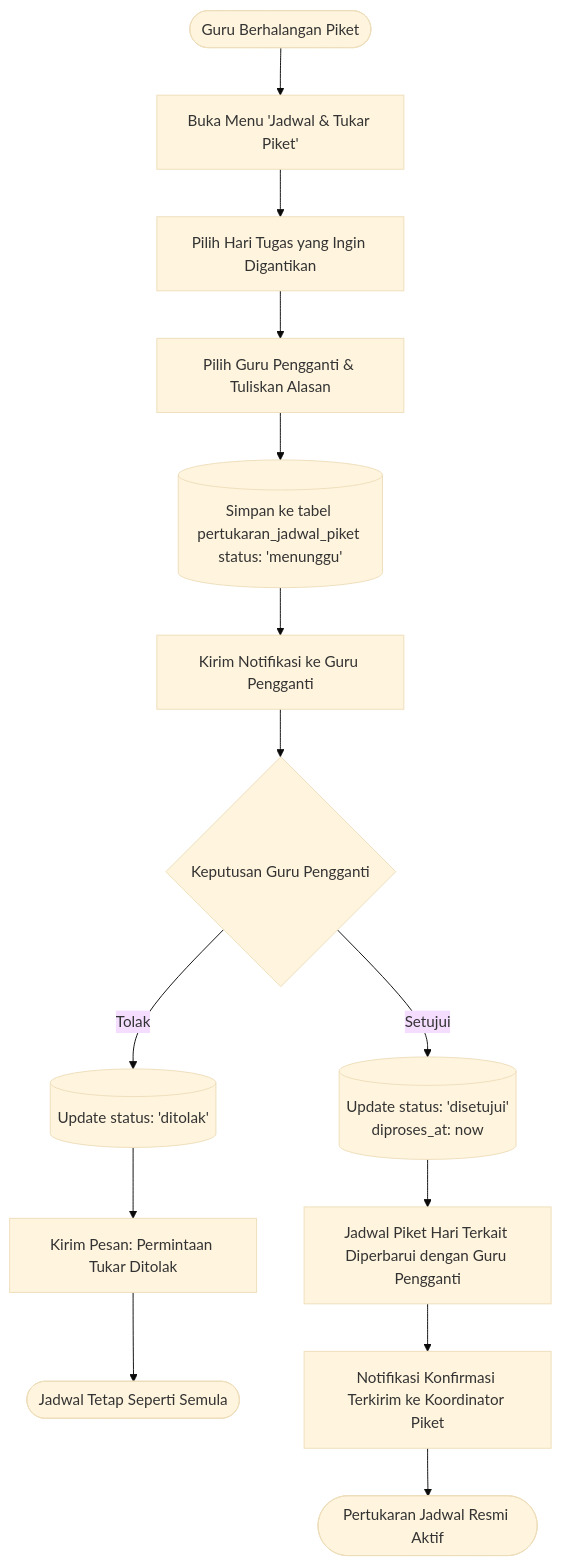
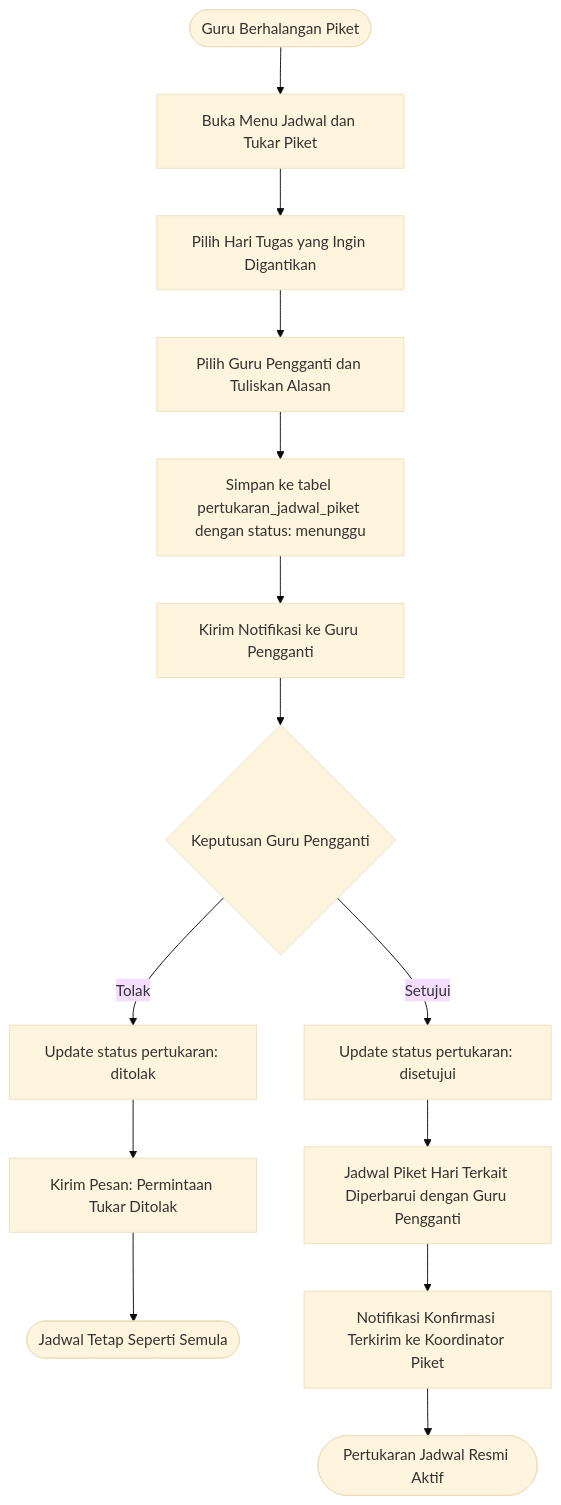
Before and after one commit to Zainal29/Didispen: the sixth of 7 diagrams in FLOWCHART.MD, drawn with Mermaid (base theme). The commit also changed other lines of this file, not shown here.

Commit message:
feat : memperbaiki FLOWCHART

````diff
--- a/FLOWCHART.MD
+++ b/FLOWCHART.MD
@@ -221,19 +221,19 @@
 ```mermaid
 flowchart TD
-    StartPiketSchedule([Guru Berhalangan Piket]) --> OpenPiketMenu[Buka Menu 'Jadwal & Tukar Piket']
-    OpenPiketMenu --> SelectDate[Pilih Hari Tugas yang Ingin Digantikan]
-    SelectDate --> PickSubstitute[Pilih Guru Pengganti & Tuliskan Alasan]
-    PickSubstitute --> SendSwapReq[(Simpan ke tabel pertukaran_jadwal_piket status: 'menunggu')]
+    StartPiketSchedule(["Guru Berhalangan Piket"]) --> OpenPiketMenu["Buka Menu Jadwal dan Tukar Piket"]
+    OpenPiketMenu --> SelectDate["Pilih Hari Tugas yang Ingin Digantikan"]
+    SelectDate --> PickSubstitute["Pilih Guru Pengganti dan Tuliskan Alasan"]
+    PickSubstitute --> SendSwapReq["Simpan ke tabel pertukaran_jadwal_piket dengan status: menunggu"]
     
-    SendSwapReq --> NotifySubTeacher[Kirim Notifikasi ke Guru Pengganti]
-    NotifySubTeacher --> SubDecision{Keputusan Guru Pengganti}
+    SendSwapReq --> NotifySubTeacher["Kirim Notifikasi ke Guru Pengganti"]
+    NotifySubTeacher --> SubDecision{"Keputusan Guru Pengganti"}
     
-    SubDecision -- "Tolak" --> UpdateSwapReject[(Update status: 'ditolak')]
-    UpdateSwapReject --> NotifyAsalReject[Kirim Pesan: Permintaan Tukar Ditolak]
-    NotifyAsalReject --> EndSwapFail([Jadwal Tetap Seperti Semula])
+    SubDecision -- "Tolak" --> UpdateSwapReject["Update status pertukaran: ditolak"]
+    UpdateSwapReject --> NotifyAsalReject["Kirim Pesan: Permintaan Tukar Ditolak"]
+    NotifyAsalReject --> EndSwapFail(["Jadwal Tetap Seperti Semula"])
 
-    SubDecision -- "Setujui" --> UpdateSwapApprove[(Update status: 'disetujui'<br>diproses_at: now)]
-    UpdateSwapApprove --> SwapActiveSchedule[Jadwal Piket Hari Terkait Diperbarui dengan Guru Pengganti]
-    SwapActiveSchedule --> NotifyAdminPiket[Notifikasi Konfirmasi Terkirim ke Koordinator Piket]
-    NotifyAdminPiket --> EndSwapSuccess([Pertukaran Jadwal Resmi Aktif])
+    SubDecision -- "Setujui" --> UpdateSwapApprove["Update status pertukaran: disetujui"]
+    UpdateSwapApprove --> SwapActiveSchedule["Jadwal Piket Hari Terkait Diperbarui dengan Guru Pengganti"]
+    SwapActiveSchedule --> NotifyAdminPiket["Notifikasi Konfirmasi Terkirim ke Koordinator Piket"]
+    NotifyAdminPiket --> EndSwapSuccess(["Pertukaran Jadwal Resmi Aktif"])
 ```
````
